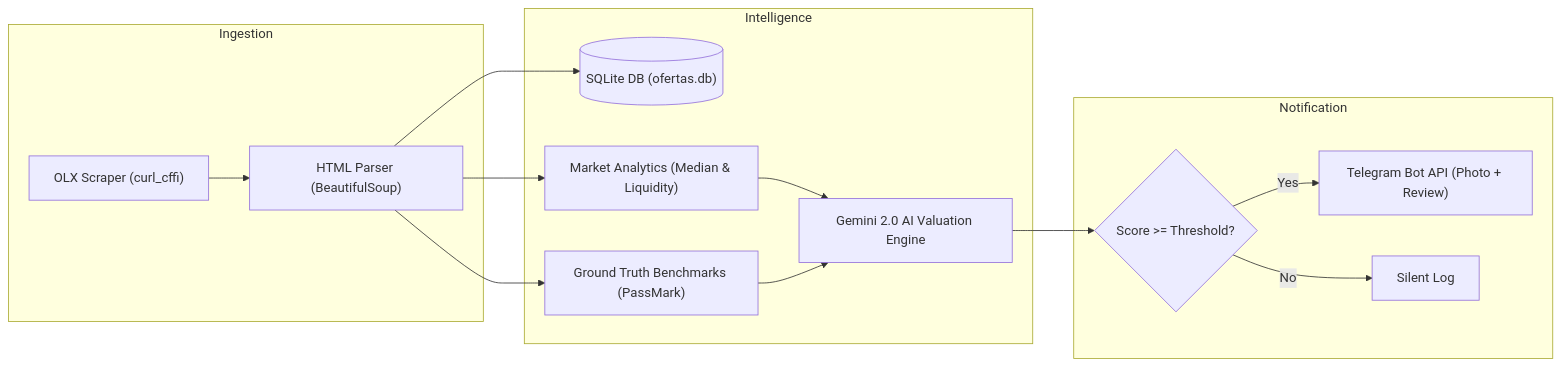
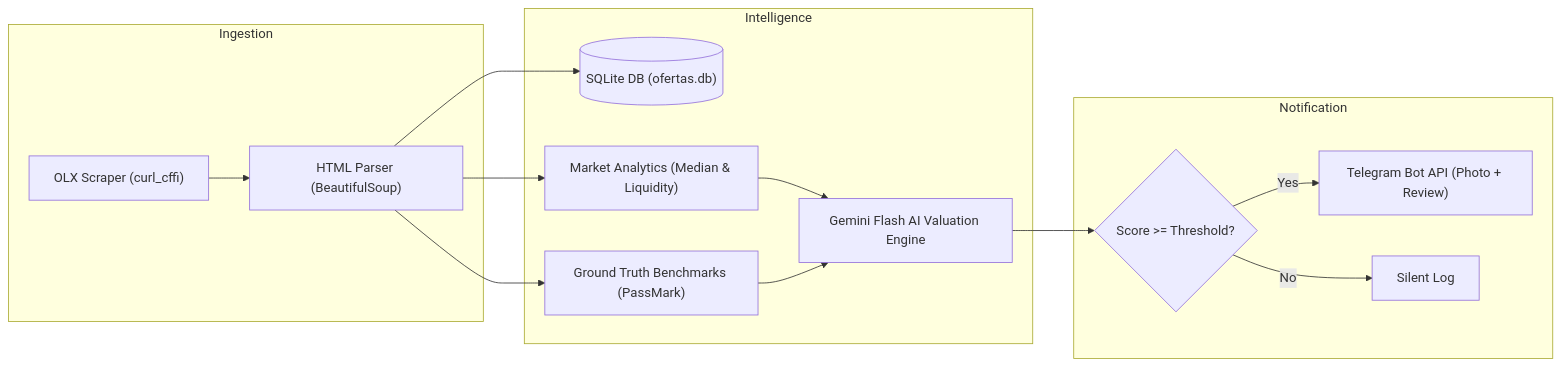
Before and after one commit to Guilherme-L-C/garimpo-olx-bot: the diagram in README.md, drawn with Mermaid. The commit also changed other lines of this file and 1 other file, not shown here.

First line of the commit message:
docs: fix Gemini version, add disclaimer and MIT license

````diff
--- a/README.md
+++ b/README.md
@@ -20,19 +20,19 @@
 ```mermaid
 flowchart LR
     subgraph Ingestion["Ingestion"]
         OLX["OLX Scraper (curl_cffi)"] --> Parser["HTML Parser (BeautifulSoup)"]
     end
 
     subgraph Intelligence["Intelligence"]
         Parser --> Storage[("SQLite DB (ofertas.db)")]
         Parser --> Analytics["Market Analytics (Median & Liquidity)"]
         Parser --> Benchmark["Ground Truth Benchmarks (PassMark)"]
-        Analytics & Benchmark --> Gemini["Gemini 2.0 AI Valuation Engine"]
+        Analytics & Benchmark --> Gemini["Gemini Flash AI Valuation Engine"]
     end
 
     subgraph Notification["Notification"]
         Gemini --> Decision{"Score >= Threshold?"}
         Decision -- Yes --> Telegram["Telegram Bot API (Photo + Review)"]
         Decision -- No --> Log["Silent Log"]
     end
 ```
````
